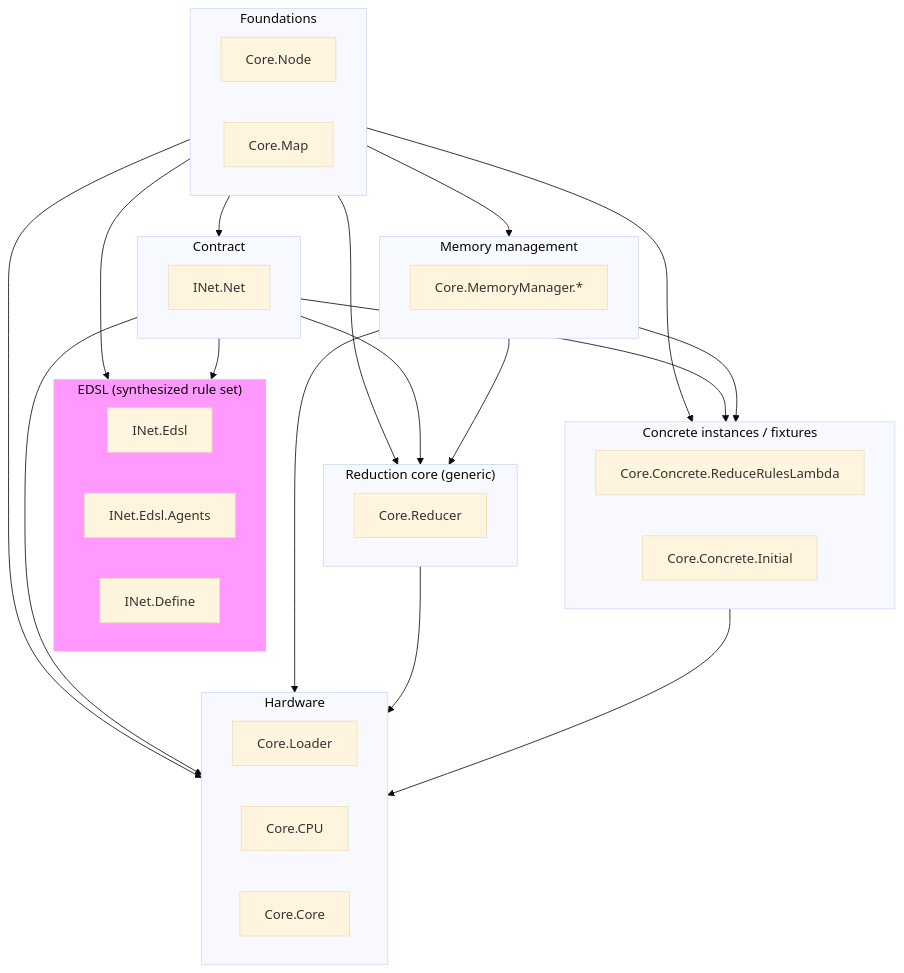
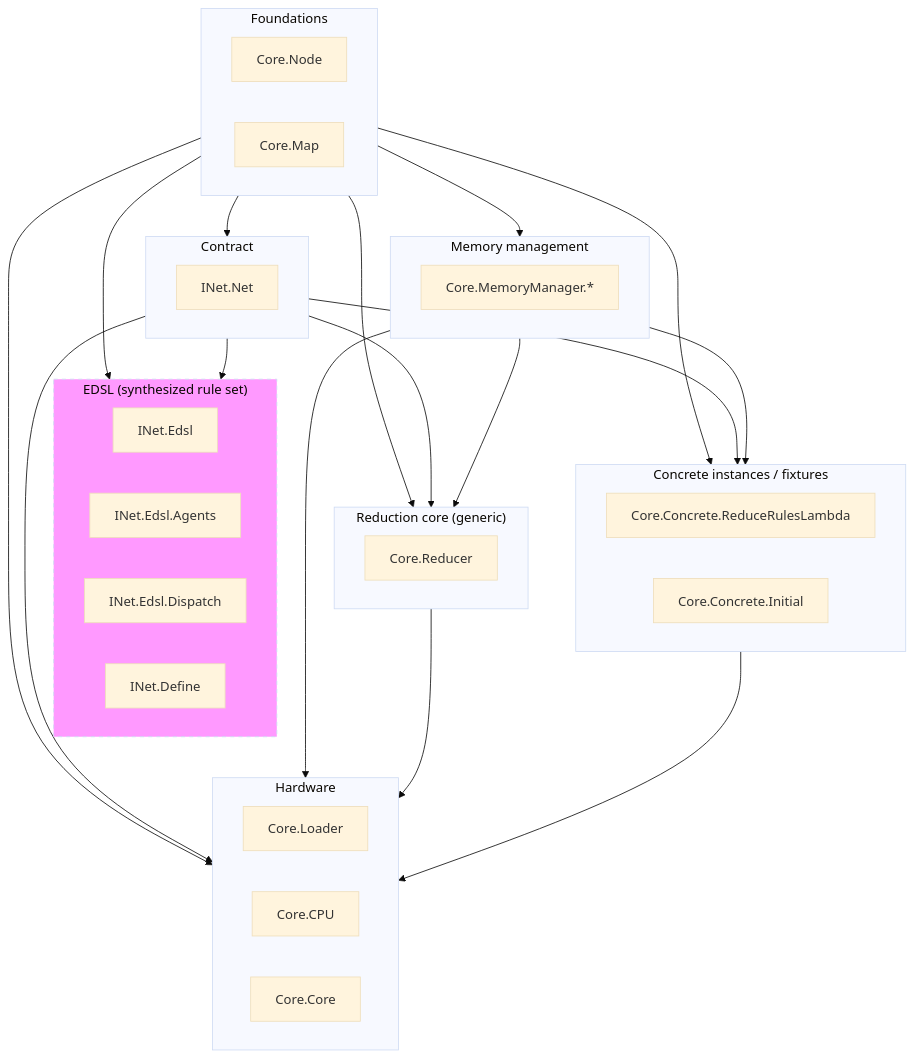
The fifth of 6 diagrams in lamagraph-core/docs/architecture.md (Lamagraph/interaction-nets-in-fpga), drawn with Mermaid (base theme) before and after one commit. The commit also changed other lines of this file and 12 other files, not shown here.

First line of the commit message:
feat(inet): generate rule dispatch and the INet instance

````diff
--- a/lamagraph-core/docs/architecture.md
+++ b/lamagraph-core/docs/architecture.md
@@ -182,48 +182,49 @@
 ```mermaid
 flowchart TD
     subgraph L1["Foundations"]
         Node["Core.Node"]
         Map["Core.Map"]
     end
     subgraph L2["Contract"]
         Net["INet.Net"]
     end
     subgraph L3["EDSL (synthesized rule set)"]
         Edsl["INet.Edsl"]
         EdslAgents["INet.Edsl.Agents"]
+        Dispatch["INet.Edsl.Dispatch"]
         Define["INet.Define"]
     end
     subgraph L4["Memory management"]
         MM["Core.MemoryManager.*"]
     end
     subgraph L5["Reduction core (generic)"]
         Reducer["Core.Reducer"]
     end
     subgraph L6["Concrete instances / fixtures"]
         Rules["Core.Concrete.ReduceRulesLambda"]
         Initial["Core.Concrete.Initial"]
     end
     subgraph L7["Hardware"]
         Loader["Core.Loader"]
         CPU["Core.CPU"]
         Top["Core.Core"]
     end
 
     L1 --> L2
     L1 --> L3
     L1 --> L4
     L1 --> L5
     L1 --> L6
     L1 --> L7
     L2 --> L3
     L2 --> L5
     L2 --> L6
     L2 --> L7
     L4 --> L5
     L4 --> L6
     L4 --> L7
     L5 --> L7
     L6 --> L7
 
     style L3 fill:#f9f,stroke-dasharray: 5 5
 ```
````
